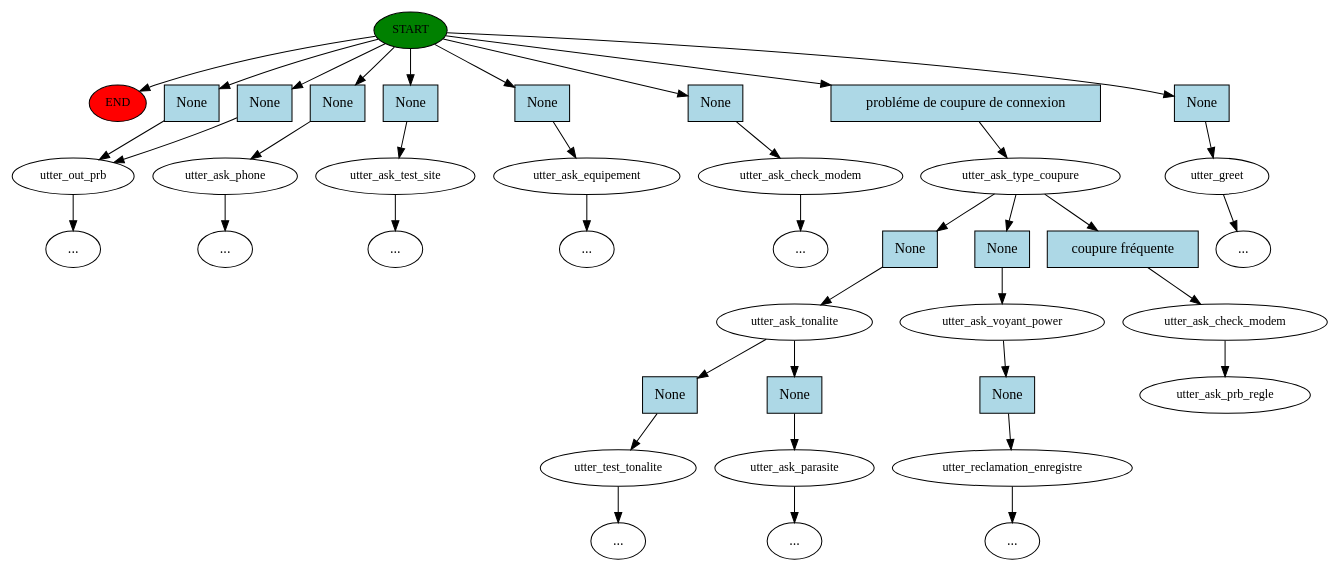
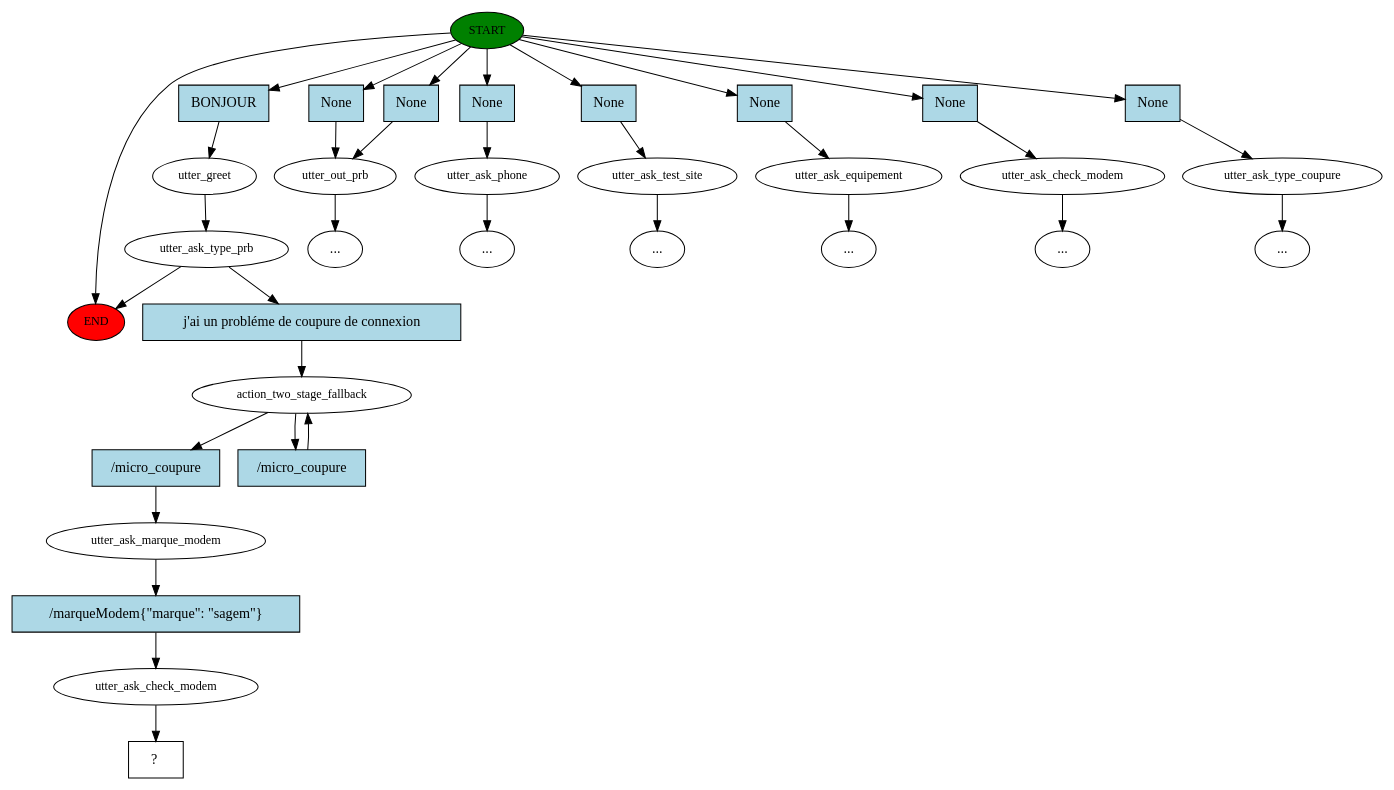
One commit to emna-bj/chatbot changed the diagram in story_graph.dot. Above: the diagram before and after it, drawn with Graphviz. The commit also changed 10 other files, not shown here.

```diff
--- a/story_graph.dot
+++ b/story_graph.dot
@@ -1,80 +1,68 @@
 digraph  {
 0 [class="start active", fillcolor=green, fontsize=12, label=START, style=filled];
 "-1" [class=end, fillcolor=red, fontsize=12, label=END, style=filled];
-1 [class="", fontsize=12, label=utter_out_prb];
+1 [class=active, fontsize=12, label=utter_greet];
+2 [class=active, fontsize=12, label=utter_ask_type_prb];
+3 [class="", fontsize=12, label=utter_out_prb];
 "-4" [class=ellipsis, label="..."];
-3 [class="", fontsize=12, label=utter_ask_phone];
+5 [class="", fontsize=12, label=utter_ask_phone];
 "-5" [class=ellipsis, label="..."];
-4 [class="", fontsize=12, label=utter_ask_test_site];
+6 [class="", fontsize=12, label=utter_ask_test_site];
 "-6" [class=ellipsis, label="..."];
-5 [class="", fontsize=12, label=utter_ask_equipement];
+7 [class="", fontsize=12, label=utter_ask_equipement];
 "-7" [class=ellipsis, label="..."];
-6 [class="", fontsize=12, label=utter_ask_check_modem];
-"-9" [class=ellipsis, label="..."];
-8 [class=active, fontsize=12, label=utter_ask_type_coupure];
-9 [class="", fontsize=12, label=utter_ask_tonalite];
-10 [class="", fontsize=12, label=utter_test_tonalite];
-"-10" [class=ellipsis, label="..."];
-13 [class="", fontsize=12, label=utter_ask_parasite];
-"-12" [class=ellipsis, label="..."];
-18 [class="", fontsize=12, label=utter_ask_voyant_power];
-19 [class="", fontsize=12, label=utter_reclamation_enregistre];
-"-13" [class=ellipsis, label="..."];
-20 [class="", fontsize=12, label=utter_greet];
-"-14" [class=ellipsis, label="..."];
+8 [class="", fontsize=12, label=utter_ask_check_modem];
+"-8" [class=ellipsis, label="..."];
+9 [class="", fontsize=12, label=utter_ask_type_coupure];
+"-16" [class=ellipsis, label="..."];
+19 [class=active, fontsize=12, label=action_two_stage_fallback];
+21 [class=active, fontsize=12, label=utter_ask_marque_modem];
 22 [class=active, fontsize=12, label=utter_ask_check_modem];
-23 [class="dashed active", fontsize=12, label=utter_ask_prb_regle];
-24 [class=intent, fillcolor=lightblue, label=None, shape=rect, style=filled];
+23 [class="intent dashed active", label="  ?  ", shape=rect];
+24 [class="intent active", fillcolor=lightblue, label=BONJOUR, shape=rect, style=filled];
 25 [class=intent, fillcolor=lightblue, label=None, shape=rect, style=filled];
 26 [class=intent, fillcolor=lightblue, label=None, shape=rect, style=filled];
 27 [class=intent, fillcolor=lightblue, label=None, shape=rect, style=filled];
 28 [class=intent, fillcolor=lightblue, label=None, shape=rect, style=filled];
 29 [class=intent, fillcolor=lightblue, label=None, shape=rect, style=filled];
-30 [class="intent active", fillcolor=lightblue, label="probléme de coupure de connexion", shape=rect, style=filled];
+30 [class=intent, fillcolor=lightblue, label=None, shape=rect, style=filled];
 31 [class=intent, fillcolor=lightblue, label=None, shape=rect, style=filled];
-32 [class=intent, fillcolor=lightblue, label=None, shape=rect, style=filled];
-33 [class=intent, fillcolor=lightblue, label=None, shape=rect, style=filled];
-34 [class="intent active", fillcolor=lightblue, label="coupure fréquente", shape=rect, style=filled];
-35 [class=intent, fillcolor=lightblue, label=None, shape=rect, style=filled];
-36 [class=intent, fillcolor=lightblue, label=None, shape=rect, style=filled];
-37 [class=intent, fillcolor=lightblue, label=None, shape=rect, style=filled];
+32 [class="intent active", fillcolor=lightblue, label="j'ai un probléme de coupure de connexion", shape=rect, style=filled];
+33 [class="intent active", fillcolor=lightblue, label="/micro_coupure", shape=rect, style=filled];
+34 [class="intent active", fillcolor=lightblue, label="/micro_coupure", shape=rect, style=filled];
+35 [class="intent active", fillcolor=lightblue, label="/marqueModem{\"marque\": \"sagem\"}", shape=rect, style=filled];
 0 -> "-1"  [class="", key=NONE, label=""];
-0 -> 24  [class="", key=0];
+0 -> 24  [class=active, key=0];
 0 -> 25  [class="", key=0];
 0 -> 26  [class="", key=0];
 0 -> 27  [class="", key=0];
 0 -> 28  [class="", key=0];
 0 -> 29  [class="", key=0];
-0 -> 30  [class=active, key=0];
+0 -> 30  [class="", key=0];
 0 -> 31  [class="", key=0];
-1 -> "-4"  [class="", key=NONE, label=""];
-3 -> "-5"  [class="", key=NONE, label=""];
-4 -> "-6"  [class="", key=NONE, label=""];
-5 -> "-7"  [class="", key=NONE, label=""];
-6 -> "-9"  [class="", key=NONE, label=""];
-8 -> 32  [class="", key=0];
-8 -> 33  [class="", key=0];
-8 -> 34  [class=active, key=0];
-9 -> 35  [class="", key=0];
-9 -> 36  [class="", key=0];
-10 -> "-10"  [class="", key=NONE, label=""];
-13 -> "-12"  [class="", key=NONE, label=""];
-18 -> 37  [class="", key=0];
-19 -> "-13"  [class="", key=NONE, label=""];
-20 -> "-14"  [class="", key=NONE, label=""];
+1 -> 2  [class=active, key=NONE, label=""];
+2 -> "-1"  [class="", key=NONE, label=""];
+2 -> 32  [class=active, key=0];
+3 -> "-4"  [class="", key=NONE, label=""];
+5 -> "-5"  [class="", key=NONE, label=""];
+6 -> "-6"  [class="", key=NONE, label=""];
+7 -> "-7"  [class="", key=NONE, label=""];
+8 -> "-8"  [class="", key=NONE, label=""];
+9 -> "-16"  [class="", key=NONE, label=""];
+19 -> 33  [class=active, key=0];
+19 -> 34  [class=active, key=0];
+21 -> 35  [class=active, key=0];
 22 -> 23  [class=active, key=NONE, label=""];
-24 -> 1  [class="", key=0];
-25 -> 1  [class="", key=0];
+24 -> 1  [class=active, key=0];
+25 -> 3  [class="", key=0];
 26 -> 3  [class="", key=0];
-27 -> 4  [class="", key=0];
-28 -> 5  [class="", key=0];
-29 -> 6  [class="", key=0];
-30 -> 8  [class=active, key=0];
-31 -> 20  [class="", key=0];
-32 -> 9  [class="", key=0];
-33 -> 18  [class="", key=0];
-34 -> 22  [class=active, key=0];
-35 -> 10  [class="", key=0];
-36 -> 13  [class="", key=0];
-37 -> 19  [class="", key=0];
+27 -> 5  [class="", key=0];
+28 -> 6  [class="", key=0];
+29 -> 7  [class="", key=0];
+30 -> 8  [class="", key=0];
+31 -> 9  [class="", key=0];
+32 -> 19  [class=active, key=0];
+33 -> 21  [class=active, key=0];
+34 -> 19  [class=active, key=0];
+35 -> 22  [class=active, key=0];
 }
```
